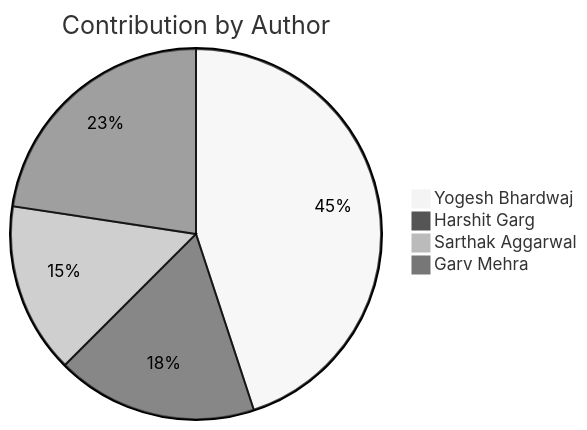
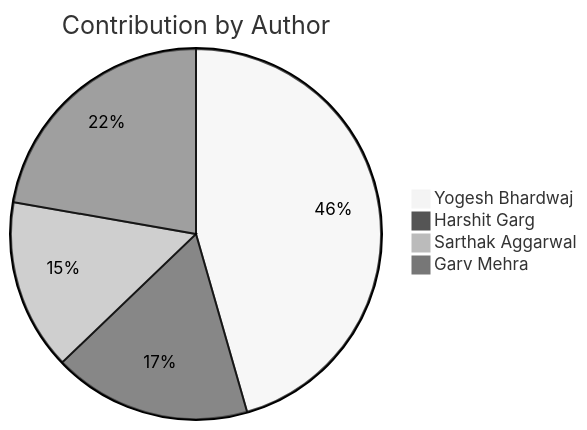
One commit to Yogesh-Bhardwaj-hue/Scm-Final_2.0 changed the second of 2 diagrams in README.md. Above: the diagram before and after it, drawn with Mermaid (neutral theme). The commit also changed other lines of this file, not shown here.

Commit message:
HogNPT0i45ti

````diff
--- a/README.md
+++ b/README.md
@@ -220,7 +220,7 @@
 ```mermaid
 pie title Contribution by Author
-    "Yogesh Bhardwaj": 169
+    "Yogesh Bhardwaj": 174
     "Harshit Garg": 66
-    "Sarthak Aggarwal": 56
+    "Sarthak Aggarwal": 57
     "Garv Mehra": 85
 ```
````
